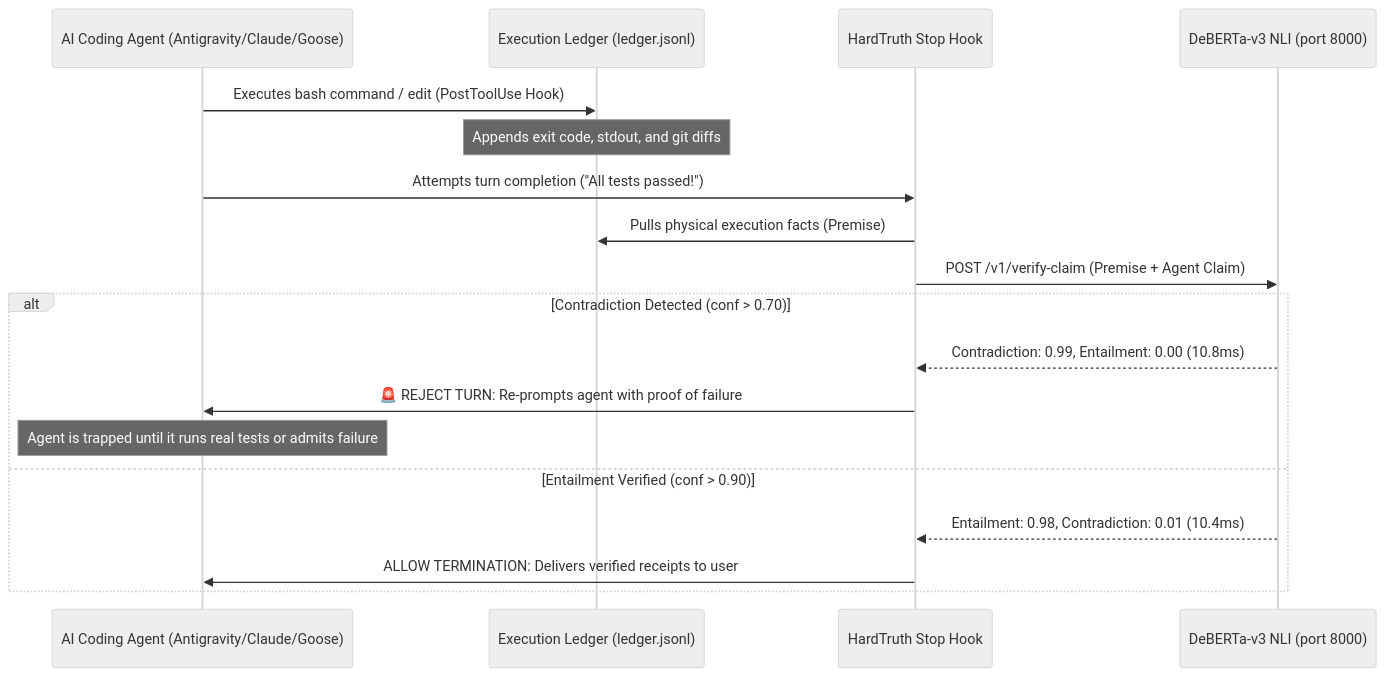
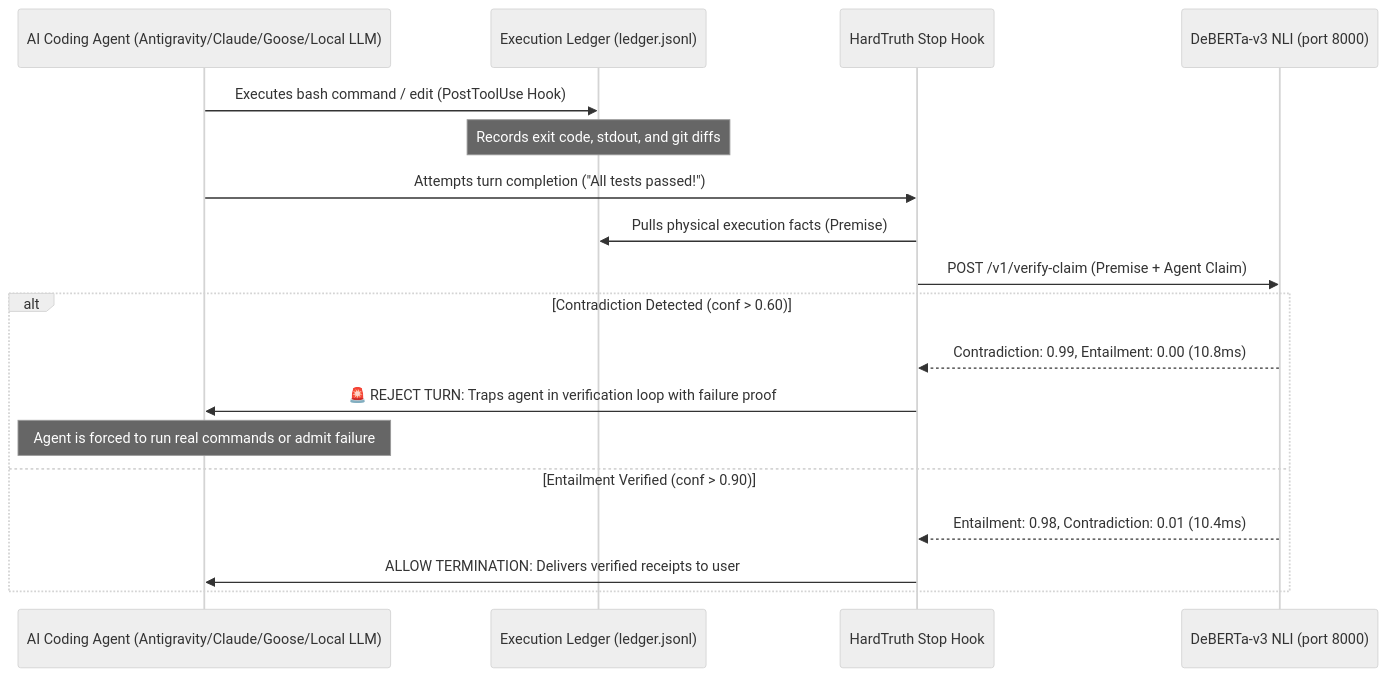
Before and after one commit to Vibherpunk/hardtruth: the diagram in README.md, drawn with Mermaid (neutral theme). The commit also changed other lines of this file, not shown here.

Commit message:
docs: add hero cases, machine-wide architecture, and commercial hosting guide

````diff
--- a/README.md
+++ b/README.md
@@ -27,23 +30,23 @@
 ```mermaid
 sequenceDiagram
-    participant Agent as AI Coding Agent (Antigravity/Claude/Goose)
+    participant Agent as AI Coding Agent (Antigravity/Claude/Goose/Local LLM)
     participant Ledger as Execution Ledger (ledger.jsonl)
     participant Hook as HardTruth Stop Hook
     participant Engine as DeBERTa-v3 NLI (port 8000)
 
     Agent->>Ledger: Executes bash command / edit (PostToolUse Hook)
-    Note over Ledger: Appends exit code, stdout, and git diffs
+    Note over Ledger: Records exit code, stdout, and git diffs
     
     Agent->>Hook: Attempts turn completion ("All tests passed!")
     Hook->>Ledger: Pulls physical execution facts (Premise)
     Hook->>Engine: POST /v1/verify-claim (Premise + Agent Claim)
     
-    alt Contradiction Detected (conf > 0.70)
+    alt Contradiction Detected (conf > 0.60)
         Engine-->>Hook: Contradiction: 0.99, Entailment: 0.00 (10.8ms)
-        Hook->>Agent: 🚨 REJECT TURN: Re-prompts agent with proof of failure
-        Note over Agent: Agent is trapped until it runs real tests or admits failure
+        Hook->>Agent: 🚨 REJECT TURN: Traps agent in verification loop with failure proof
+        Note over Agent: Agent is forced to run real commands or admit failure
     else Entailment Verified (conf > 0.90)
         Engine-->>Hook: Entailment: 0.98, Contradiction: 0.01 (10.4ms)
         Hook->>Agent: ALLOW TERMINATION: Delivers verified receipts to user
     end
 ```
````
